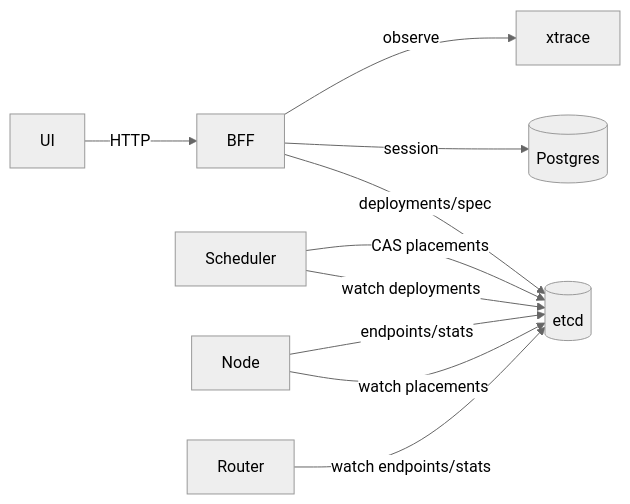
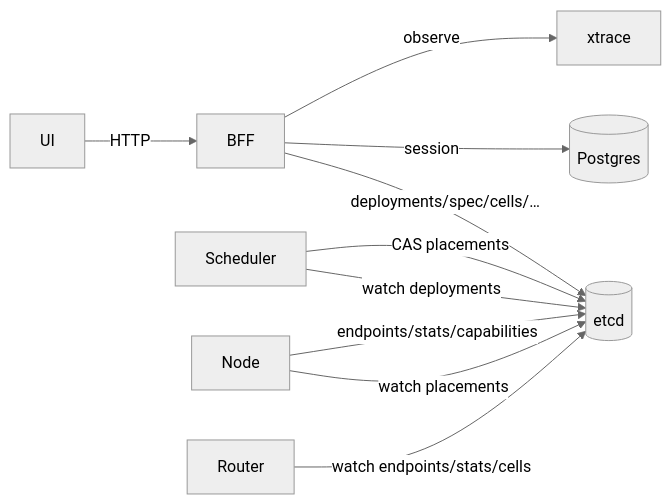
The diagram in docs/dev/bff/README.md (EeroEternal/nebula), drawn with Mermaid (neutral theme) before and after one commit. The commit also changed other lines of this file and 19 other files, not shown here.

````diff
--- a/docs/dev/bff/README.md
+++ b/docs/dev/bff/README.md
@@ -9,12 +9,12 @@
 ```mermaid
 flowchart LR
     UI[UI] -->|HTTP| BFF[BFF]
-    BFF -->|deployments/spec| ETCD[(etcd)]
+    BFF -->|deployments/spec/cells/…| ETCD[(etcd)]
     BFF -->|session| PG[(Postgres)]
     BFF -->|observe| XT[xtrace]
     SCH[Scheduler] -->|watch deployments| ETCD
     SCH -->|CAS placements| ETCD
     NODE[Node] -->|watch placements| ETCD
-    NODE -->|endpoints/stats| ETCD
-    Router[Router] -->|watch endpoints/stats| ETCD
+    NODE -->|endpoints/stats/capabilities| ETCD
+    Router[Router] -->|watch endpoints/stats/cells| ETCD
 ```
````
